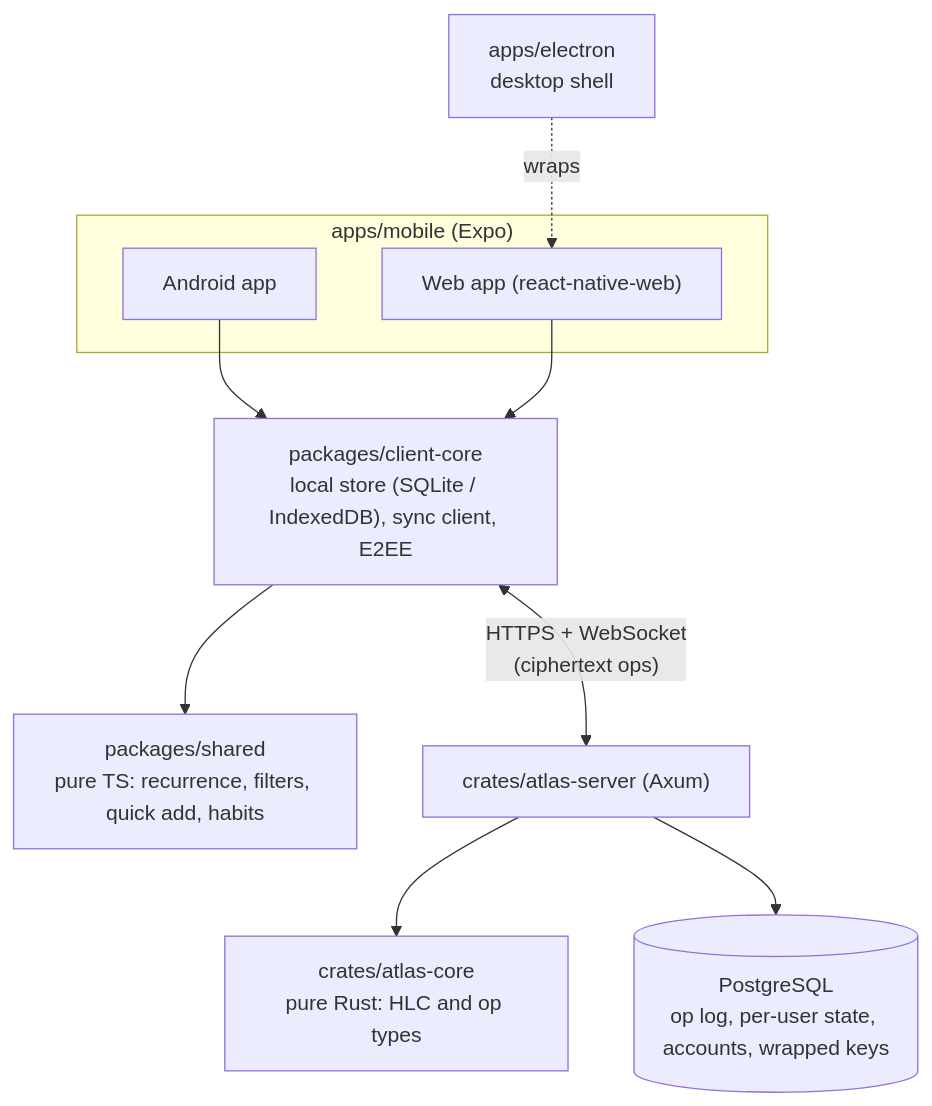
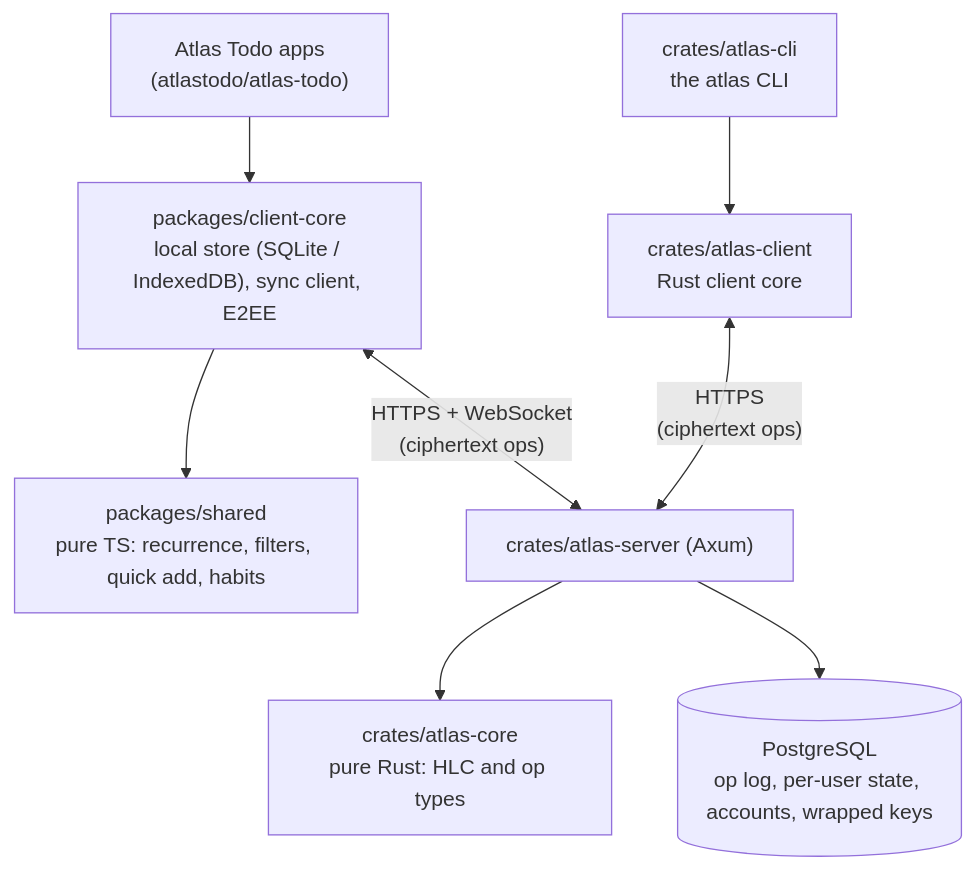
The diagram in README.md (atlastodo/atlas), drawn with Mermaid before and after one commit. The commit also changed other lines of this file and 11 other files, not shown here.

First line of the commit message:
docs: describe core without the app, add docs/releasing.md

````diff
--- a/README.md
+++ b/README.md
@@ -99,21 +42,19 @@
 ```mermaid
 flowchart TB
-  subgraph clients["apps/mobile (Expo)"]
-    android["Android app"]
-    web["Web app (react-native-web)"]
-  end
-  electron["apps/electron<br/>desktop shell"]
+  apps["Atlas Todo apps<br/>(atlastodo/atlas-todo)"]
+  cli["crates/atlas-cli<br/>the atlas CLI"]
   core["packages/client-core<br/>local store (SQLite / IndexedDB), sync client, E2EE"]
   shared["packages/shared<br/>pure TS: recurrence, filters, quick add, habits"]
+  rclient["crates/atlas-client<br/>Rust client core"]
   server["crates/atlas-server (Axum)"]
   atlascore["crates/atlas-core<br/>pure Rust: HLC and op types"]
   db[("PostgreSQL<br/>op log, per-user state, accounts, wrapped keys")]
 
-  electron -.->|wraps| web
-  android --> core
-  web --> core
+  apps --> core
   core --> shared
+  cli --> rclient
   core <-->|"HTTPS + WebSocket<br/>(ciphertext ops)"| server
+  rclient <-->|"HTTPS<br/>(ciphertext ops)"| server
   server --> atlascore
   server --> db
 ```
````
